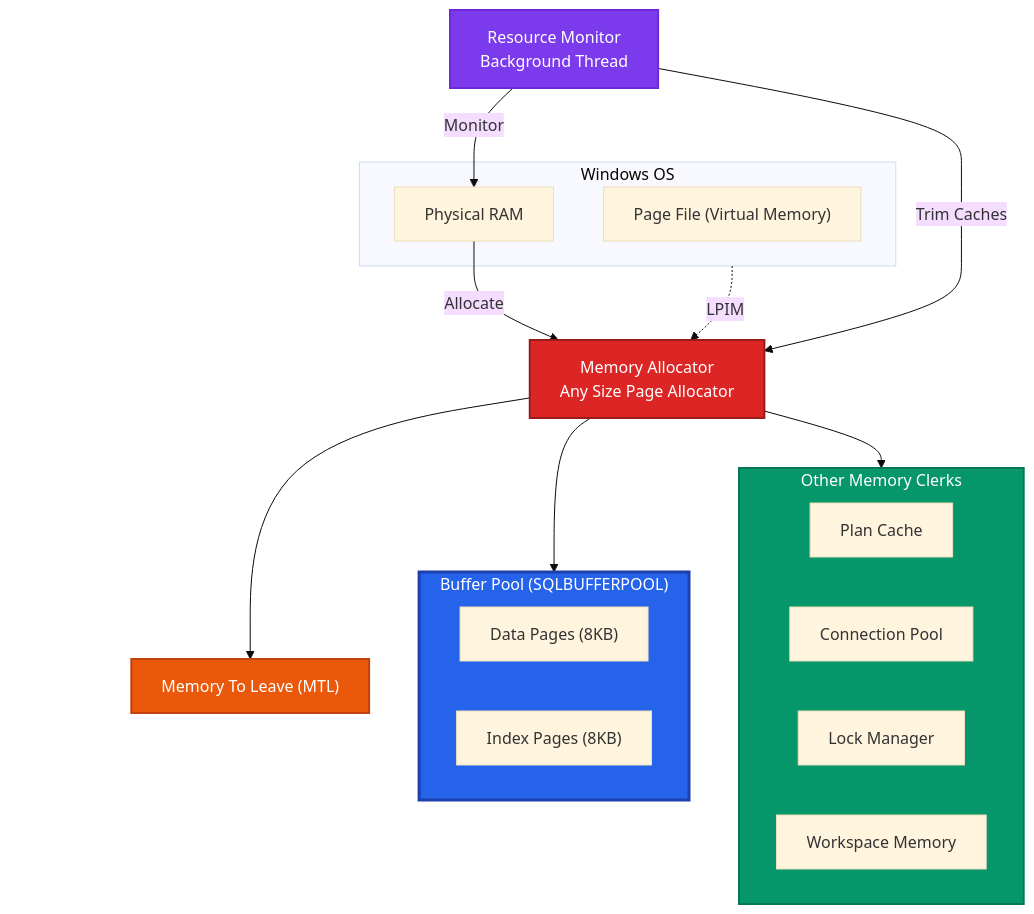
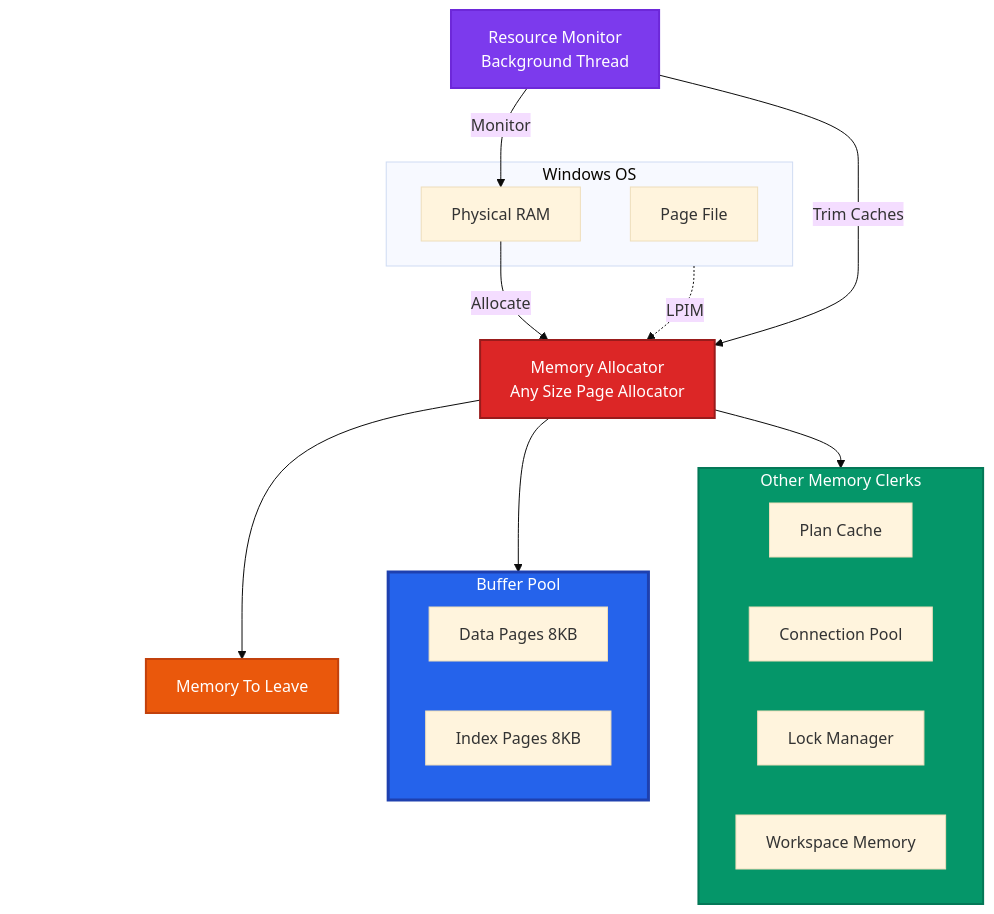
Before and after one commit to phakkhaphong/sql-server-performance-tuning: the third of 7 diagrams in Module_04_Memory/README.md, drawn with Mermaid (base theme). The commit also changed other lines of this file, not shown here.

Commit message:
Standardize terminology and remove HTML line breaks in README diagrams for SQL Server Memory Models, enhancing clarity and consistency in visual representation.

````diff
--- a/Module_04_Memory/README.md
+++ b/Module_04_Memory/README.md
@@ -134,53 +134,53 @@
 ```mermaid
 flowchart TB
     subgraph OS["Windows OS"]
         PhysicalRAM["Physical RAM"]
-        PageFile["Page File (Virtual Memory)"]
+        PageFile["Page File"]
     end
     
     SpacerA[ ]
     
     MemoryAllocator["Memory Allocator<br/>Any Size Page Allocator"]
     
     SpacerB[ ]
     
-    subgraph BPool["Buffer Pool (SQLBUFFERPOOL)"]
-        DataPages["Data Pages (8KB)"]
-        IndexPages["Index Pages (8KB)"]
+    subgraph BPool["Buffer Pool"]
+        DataPages["Data Pages 8KB"]
+        IndexPages["Index Pages 8KB"]
     end
     
     SpacerC[ ]
     
     subgraph OtherClerks["Other Memory Clerks"]
         PlanCache["Plan Cache"]
         ConnectionPool["Connection Pool"]
         LockManager["Lock Manager"]
         WorkspaceGrant["Workspace Memory"]
     end
     
-    MTL["Memory To Leave (MTL)"]
+    MTL["Memory To Leave"]
     
     SpacerD[ ]
     
     ResourceMonitor["Resource Monitor<br/>Background Thread"]
     
     PhysicalRAM -->|Allocate| MemoryAllocator
     MemoryAllocator --> BPool
     MemoryAllocator --> OtherClerks
     MemoryAllocator --> MTL
     
     ResourceMonitor -->|Monitor| PhysicalRAM
     ResourceMonitor -->|Trim Caches| MemoryAllocator
     
     OS -.->|LPIM| MemoryAllocator
     
     style BPool fill:#2563eb,stroke:#1e40af,stroke-width:3px,color:#fff
     style OtherClerks fill:#059669,stroke:#047857,stroke-width:2px,color:#fff
     style MTL fill:#ea580c,stroke:#c2410c,stroke-width:2px,color:#fff
     style ResourceMonitor fill:#7c3aed,stroke:#6d28d9,stroke-width:2px,color:#fff
     style MemoryAllocator fill:#dc2626,stroke:#991b1b,stroke-width:2px,color:#fff
     style SpacerA fill:transparent,stroke:transparent,color:transparent
     style SpacerB fill:transparent,stroke:transparent,color:transparent
     style SpacerC fill:transparent,stroke:transparent,color:transparent
     style SpacerD fill:transparent,stroke:transparent,color:transparent
 ```
````
